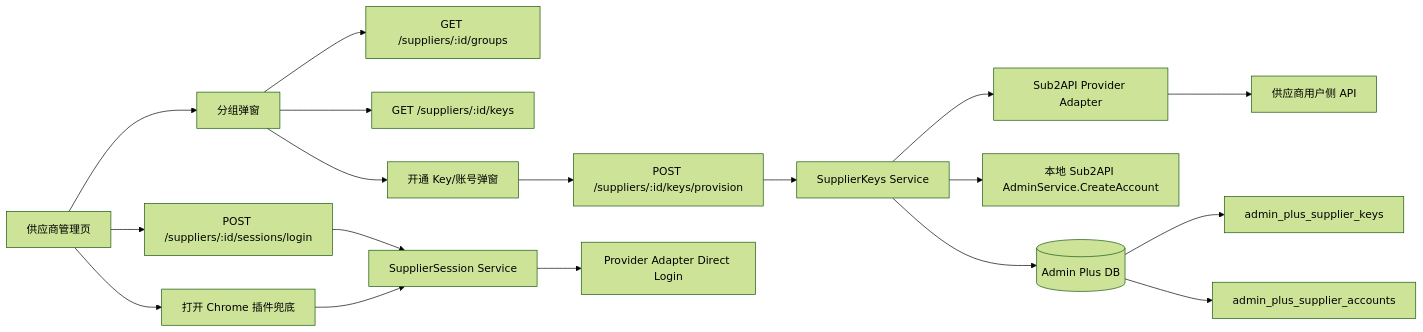
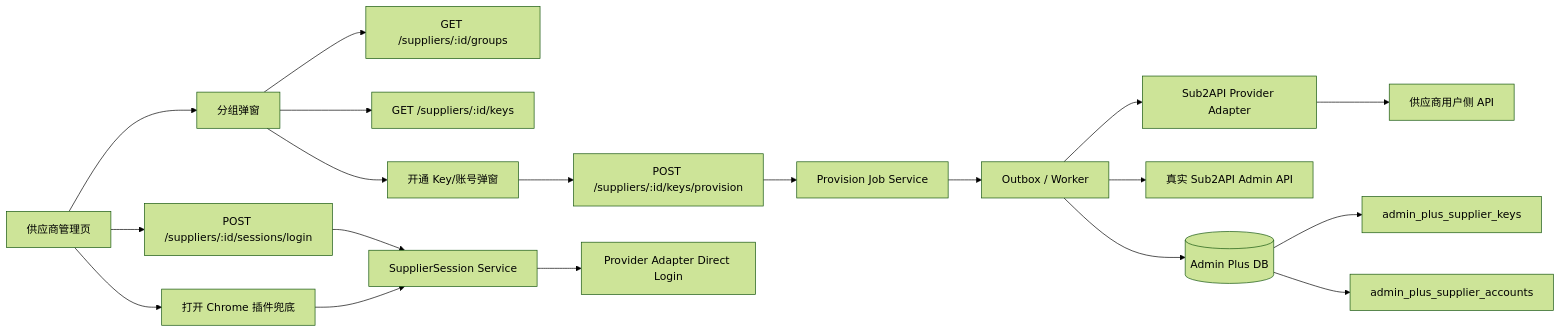
One commit to openrelayllm/superllm changed the fourth of 20 diagrams in docs/roadmap/accounts/README.md. Above: the diagram before and after it, drawn with Mermaid (forest theme). The commit also changed other lines of this file and 147 other files, not shown here.

Commit message:
feat: release admin plus v0.8.0

````diff
--- a/docs/roadmap/accounts/README.md
+++ b/docs/roadmap/accounts/README.md
@@ -154,20 +159,21 @@
 ```mermaid
 flowchart LR
   W[供应商管理页] --> G[分组弹窗]
   G --> GL[GET /suppliers/:id/groups]
   G --> KL[GET /suppliers/:id/keys]
   W --> LS[POST /suppliers/:id/sessions/login]
   W --> XB[打开 Chrome 插件兜底]
   LS --> A0[SupplierSession Service]
   A0 --> PA[Provider Adapter Direct Login]
   XB --> A0
   G --> P[开通 Key/账号弹窗]
   P --> KP[POST /suppliers/:id/keys/provision]
-  KP --> A[SupplierKeys Service]
-  A --> S[Sub2API Provider Adapter]
+  KP --> A[Provision Job Service]
+  A --> Q[Outbox / Worker]
+  Q --> S[Sub2API Provider Adapter]
   S --> U[供应商用户侧 API]
-  A --> L[本地 Sub2API AdminService.CreateAccount]
-  A --> D[(Admin Plus DB)]
+  Q --> L[真实 Sub2API Admin API]
+  Q --> D[(Admin Plus DB)]
   D --> K[admin_plus_supplier_keys]
   D --> B[admin_plus_supplier_accounts]
 ```
````
